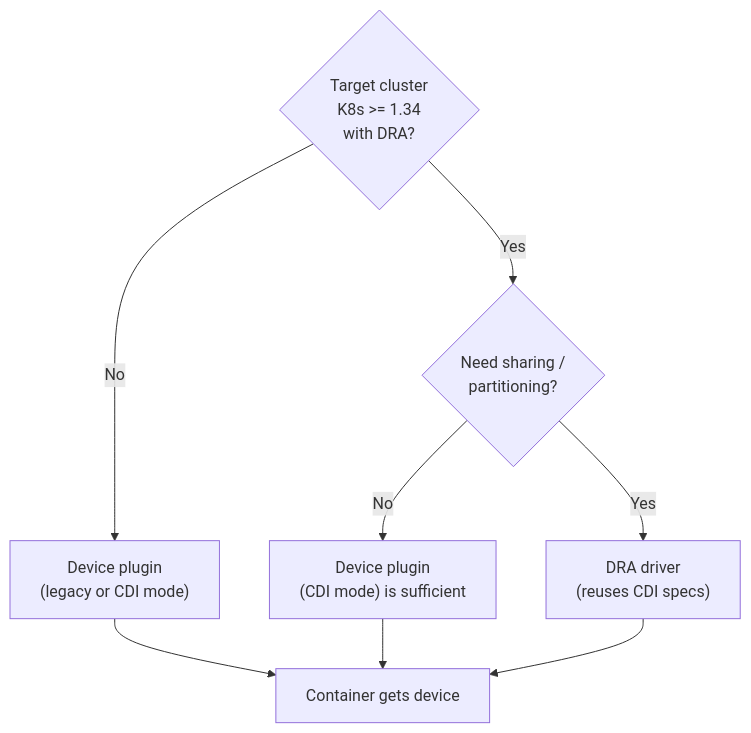
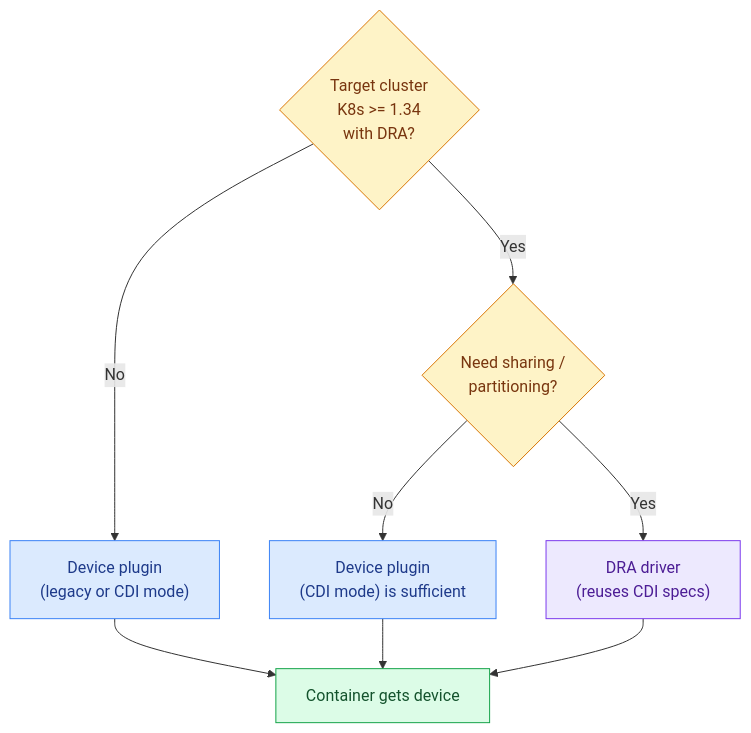
Before and after one commit to guhaneswaran/tt-k8s-device-plugin: the third of 3 diagrams in ROADMAP.md, drawn with Mermaid. The commit also changed other lines of this file and 1 other file, not shown here.

First line of the commit message:
Enhance diagrams: styled sequence diagram + color-coded flowcharts

````diff
--- a/ROADMAP.md
+++ b/ROADMAP.md
@@ -125,11 +139,20 @@
 ```mermaid
 flowchart TD
   Q{"Target cluster<br/>K8s >= 1.34<br/>with DRA?"}
   Q -->|No| DP["Device plugin<br/>(legacy or CDI mode)"]
   Q -->|Yes| NEED{"Need sharing /<br/>partitioning?"}
   NEED -->|No| DP2["Device plugin<br/>(CDI mode) is sufficient"]
   NEED -->|Yes| DRA["DRA driver<br/>(reuses CDI specs)"]
   DP --> OUT["Container gets device"]
   DP2 --> OUT
   DRA --> OUT
+
+  classDef dec fill:#fef3c7,stroke:#d97706,color:#78350f;
+  classDef proc fill:#dbeafe,stroke:#3b82f6,color:#1e3a8a;
+  classDef later fill:#ede9fe,stroke:#7c3aed,color:#4c1d95;
+  classDef good fill:#dcfce7,stroke:#16a34a,color:#14532d;
+  class Q,NEED dec;
+  class DP,DP2 proc;
+  class DRA later;
+  class OUT good;
 ```
````
